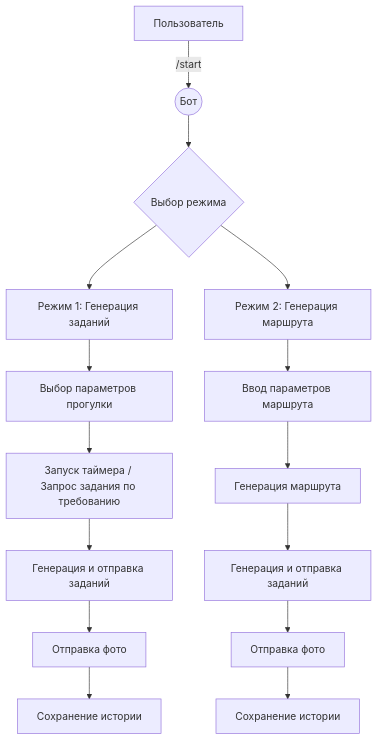
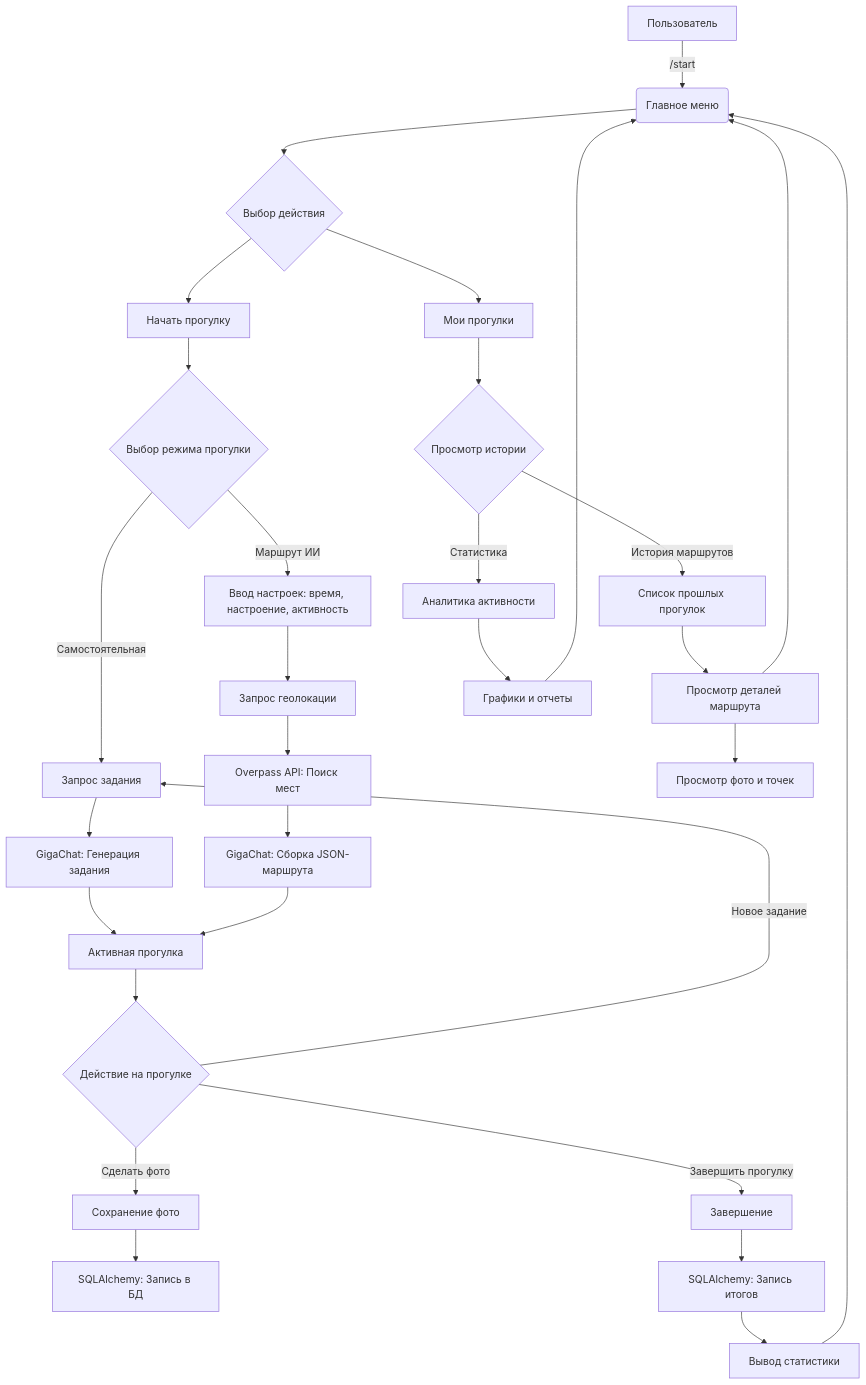
One commit to Edgarchick04/prod_python changed the first of 3 diagrams in final_project/documentation.md. Above: the diagram before and after it, drawn with Mermaid. The commit also changed other lines of this file, not shown here.

````diff
--- a/final_project/documentation.md
+++ b/final_project/documentation.md
@@ -73,20 +76,48 @@
 ```mermaid
 flowchart TD
-    A[Пользователь] -->|/start| B((Бот))
-    B --> C{Выбор режима}
-
-    C --> D1[Режим 1: Генерация заданий]
-    C --> D2[Режим 2: Генерация маршрута]
-
-    D1 --> E1[Выбор параметров прогулки]
-    E1 --> F1[Запуск таймера / Запрос задания по требованию]
-    F1 --> G1[Генерация и отправка заданий]
-    G1 --> H1[Отправка фото]
-    H1 --> I1[Сохранение истории]
-
-    D2 --> E2[Ввод параметров маршрута]
-    E2 --> F2[Генерация маршрута]
-    F2 --> G2[Генерация и отправка заданий]
-    G2 --> H2[Отправка фото]
-    H2 --> I2[Сохранение истории]
+    A[Пользователь] -->|/start| B(Главное меню)
+    B --> C{Выбор действия}
+    
+    C --> D1[Начать прогулку]
+    C --> D2[Мои прогулки]
+    
+    %% Основной поток: начало прогулки
+    D1 --> E1{Выбор режима прогулки}
+    
+    %% Режим 1: Самостоятельная прогулка
+    E1 -->|Самостоятельная| F1[Запрос задания]
+    F1 --> G1[GigaChat: Генерация задания]
+    G1 --> H1[Активная прогулка]
+    
+    %% Режим 2: Генерация маршрута
+    E1 -->|Маршрут ИИ| F2[Ввод настроек: время, настроение, активность]
+    F2 --> G2[Запрос геолокации]
+    G2 --> H2[Overpass API: Поиск мест]
+    H2 --> I2[GigaChat: Сборка JSON-маршрута]
+    I2 --> H1
+    
+    %% Активная прогулка
+    H1 --> J1{Действие на прогулке}
+    
+    J1 -->|Новое задание| F1
+    J1 -->|Сделать фото| K1[Сохранение фото]
+    K1 --> L1[SQLAlchemy: Запись в БД]
+    J1 -->|Завершить прогулку| M1[Завершение]
+    
+    M1 --> N1[SQLAlchemy: Запись итогов]
+    N1 --> O1[Вывод статистики]
+    O1 --> B
+    
+    %% История и статистика
+    D2 --> P1{Просмотр истории}
+    
+    P1 -->|История маршрутов| Q1[Список прошлых прогулок]
+    Q1 --> R1[Просмотр деталей маршрута]
+    R1 --> S1[Просмотр фото и точек]
+    
+    P1 -->|Статистика| T1[Аналитика активности]
+    T1 --> U1[Графики и отчеты]
+    
+    R1 --> B
+    U1 --> B
 ```
````
